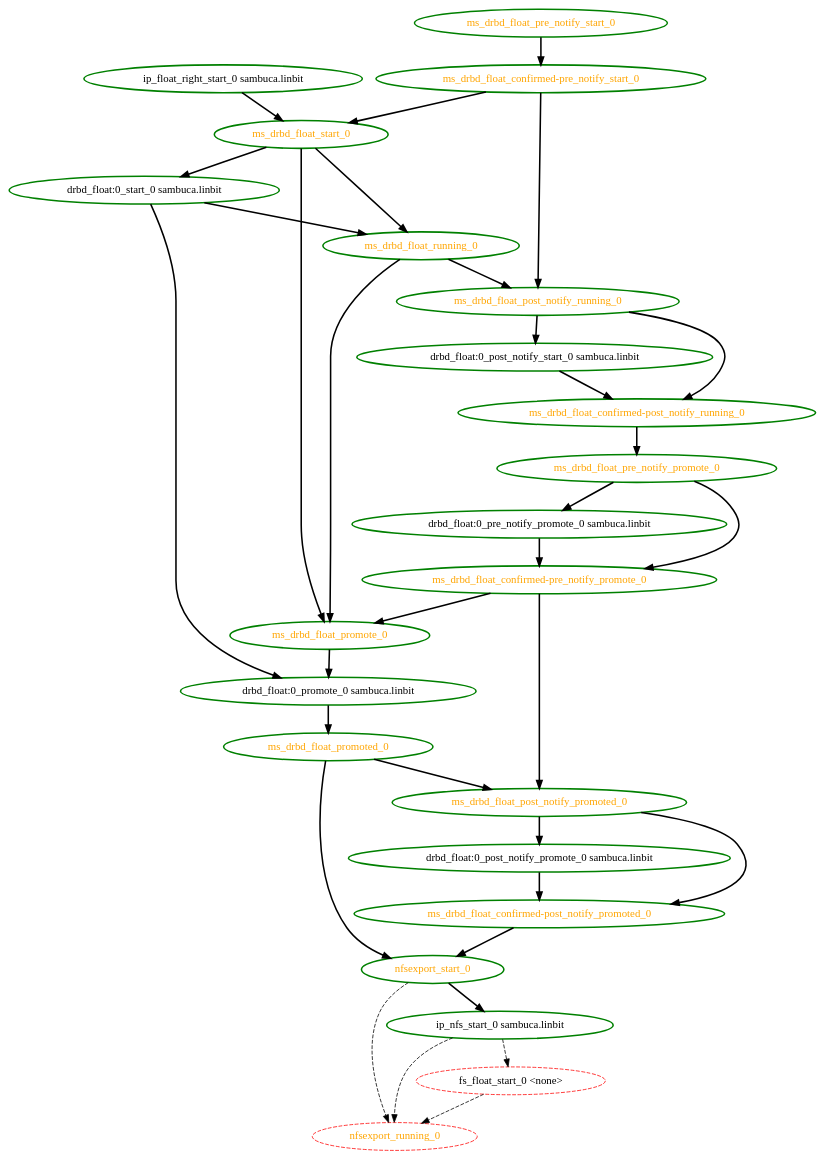
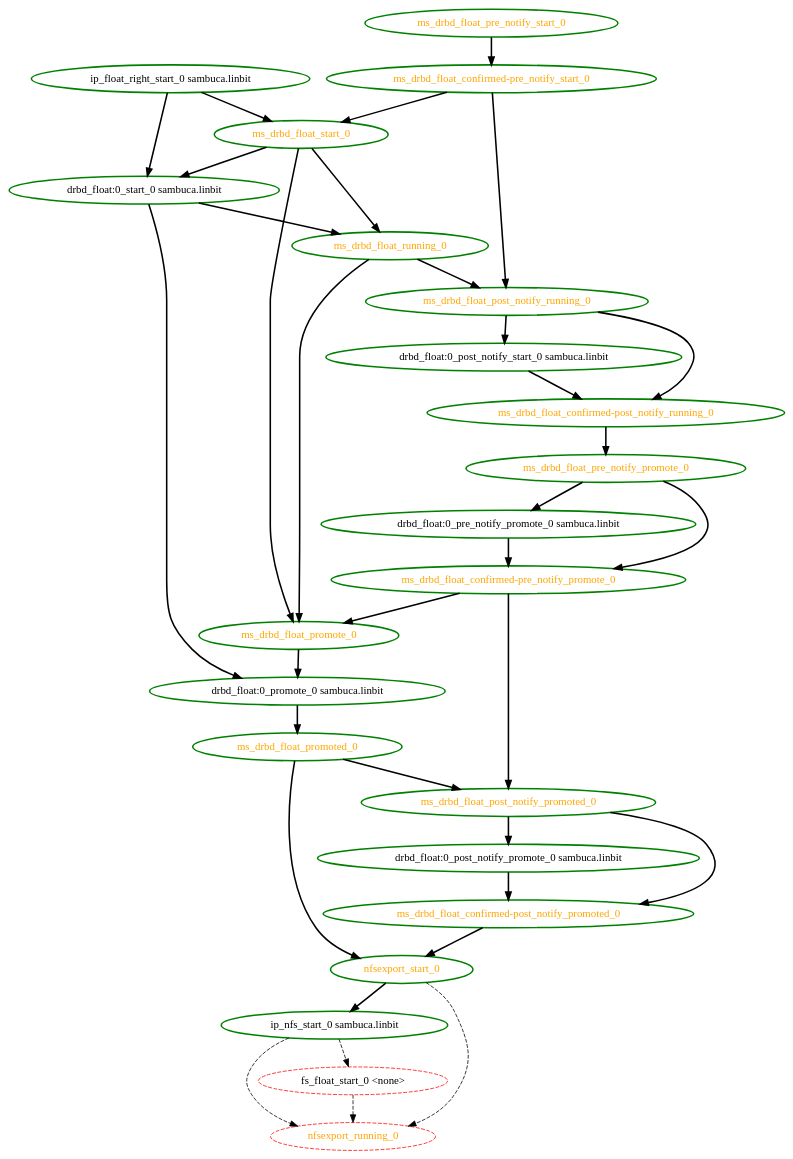
Before and after one commit to linux-ha-japan/pm_diskd: the diagram in pengine/test10/master-pseudo.dot, drawn with Graphviz. The commit also changed 38 other files, not shown here.

```diff
--- a/pengine/test10/master-pseudo.dot
+++ b/pengine/test10/master-pseudo.dot
@@ -1,57 +1,58 @@
 digraph "g" {
 "drbd_float:0_post_notify_promote_0 sambuca.linbit" -> "ms_drbd_float_confirmed-post_notify_promoted_0" [ style = bold]
 "drbd_float:0_post_notify_promote_0 sambuca.linbit" [ style=bold color="green" fontcolor="black"  ]
 "drbd_float:0_post_notify_start_0 sambuca.linbit" -> "ms_drbd_float_confirmed-post_notify_running_0" [ style = bold]
 "drbd_float:0_post_notify_start_0 sambuca.linbit" [ style=bold color="green" fontcolor="black"  ]
 "drbd_float:0_pre_notify_promote_0 sambuca.linbit" -> "ms_drbd_float_confirmed-pre_notify_promote_0" [ style = bold]
 "drbd_float:0_pre_notify_promote_0 sambuca.linbit" [ style=bold color="green" fontcolor="black"  ]
 "drbd_float:0_promote_0 sambuca.linbit" -> "ms_drbd_float_promoted_0" [ style = bold]
 "drbd_float:0_promote_0 sambuca.linbit" [ style=bold color="green" fontcolor="black"  ]
 "drbd_float:0_start_0 sambuca.linbit" -> "drbd_float:0_promote_0 sambuca.linbit" [ style = bold]
 "drbd_float:0_start_0 sambuca.linbit" -> "ms_drbd_float_running_0" [ style = bold]
 "drbd_float:0_start_0 sambuca.linbit" [ style=bold color="green" fontcolor="black"  ]
 "fs_float_start_0 <none>" -> "nfsexport_running_0" [ style = dashed]
 "fs_float_start_0 <none>" [ style=dashed color="red" fontcolor="black"  ]
+"ip_float_right_start_0 sambuca.linbit" -> "drbd_float:0_start_0 sambuca.linbit" [ style = bold]
 "ip_float_right_start_0 sambuca.linbit" -> "ms_drbd_float_start_0" [ style = bold]
 "ip_float_right_start_0 sambuca.linbit" [ style=bold color="green" fontcolor="black"  ]
 "ip_nfs_start_0 sambuca.linbit" -> "fs_float_start_0 <none>" [ style = dashed]
 "ip_nfs_start_0 sambuca.linbit" -> "nfsexport_running_0" [ style = dashed]
 "ip_nfs_start_0 sambuca.linbit" [ style=bold color="green" fontcolor="black"  ]
 "ms_drbd_float_confirmed-post_notify_promoted_0" -> "nfsexport_start_0" [ style = bold]
 "ms_drbd_float_confirmed-post_notify_promoted_0" [ style=bold color="green" fontcolor="orange"  ]
 "ms_drbd_float_confirmed-post_notify_running_0" -> "ms_drbd_float_pre_notify_promote_0" [ style = bold]
 "ms_drbd_float_confirmed-post_notify_running_0" [ style=bold color="green" fontcolor="orange"  ]
 "ms_drbd_float_confirmed-pre_notify_promote_0" -> "ms_drbd_float_post_notify_promoted_0" [ style = bold]
 "ms_drbd_float_confirmed-pre_notify_promote_0" -> "ms_drbd_float_promote_0" [ style = bold]
 "ms_drbd_float_confirmed-pre_notify_promote_0" [ style=bold color="green" fontcolor="orange"  ]
 "ms_drbd_float_confirmed-pre_notify_start_0" -> "ms_drbd_float_post_notify_running_0" [ style = bold]
 "ms_drbd_float_confirmed-pre_notify_start_0" -> "ms_drbd_float_start_0" [ style = bold]
 "ms_drbd_float_confirmed-pre_notify_start_0" [ style=bold color="green" fontcolor="orange"  ]
 "ms_drbd_float_post_notify_promoted_0" -> "drbd_float:0_post_notify_promote_0 sambuca.linbit" [ style = bold]
 "ms_drbd_float_post_notify_promoted_0" -> "ms_drbd_float_confirmed-post_notify_promoted_0" [ style = bold]
 "ms_drbd_float_post_notify_promoted_0" [ style=bold color="green" fontcolor="orange"  ]
 "ms_drbd_float_post_notify_running_0" -> "drbd_float:0_post_notify_start_0 sambuca.linbit" [ style = bold]
 "ms_drbd_float_post_notify_running_0" -> "ms_drbd_float_confirmed-post_notify_running_0" [ style = bold]
 "ms_drbd_float_post_notify_running_0" [ style=bold color="green" fontcolor="orange"  ]
 "ms_drbd_float_pre_notify_promote_0" -> "drbd_float:0_pre_notify_promote_0 sambuca.linbit" [ style = bold]
 "ms_drbd_float_pre_notify_promote_0" -> "ms_drbd_float_confirmed-pre_notify_promote_0" [ style = bold]
 "ms_drbd_float_pre_notify_promote_0" [ style=bold color="green" fontcolor="orange"  ]
 "ms_drbd_float_pre_notify_start_0" -> "ms_drbd_float_confirmed-pre_notify_start_0" [ style = bold]
 "ms_drbd_float_pre_notify_start_0" [ style=bold color="green" fontcolor="orange"  ]
 "ms_drbd_float_promote_0" -> "drbd_float:0_promote_0 sambuca.linbit" [ style = bold]
 "ms_drbd_float_promote_0" [ style=bold color="green" fontcolor="orange"  ]
 "ms_drbd_float_promoted_0" -> "ms_drbd_float_post_notify_promoted_0" [ style = bold]
 "ms_drbd_float_promoted_0" -> "nfsexport_start_0" [ style = bold]
 "ms_drbd_float_promoted_0" [ style=bold color="green" fontcolor="orange"  ]
 "ms_drbd_float_running_0" -> "ms_drbd_float_post_notify_running_0" [ style = bold]
 "ms_drbd_float_running_0" -> "ms_drbd_float_promote_0" [ style = bold]
 "ms_drbd_float_running_0" [ style=bold color="green" fontcolor="orange"  ]
 "ms_drbd_float_start_0" -> "drbd_float:0_start_0 sambuca.linbit" [ style = bold]
 "ms_drbd_float_start_0" -> "ms_drbd_float_promote_0" [ style = bold]
 "ms_drbd_float_start_0" -> "ms_drbd_float_running_0" [ style = bold]
 "ms_drbd_float_start_0" [ style=bold color="green" fontcolor="orange"  ]
 "nfsexport_running_0" [ style=dashed color="red" fontcolor="orange"  ]
 "nfsexport_start_0" -> "ip_nfs_start_0 sambuca.linbit" [ style = bold]
 "nfsexport_start_0" -> "nfsexport_running_0" [ style = dashed]
 "nfsexport_start_0" [ style=bold color="green" fontcolor="orange"  ]
 }
```
